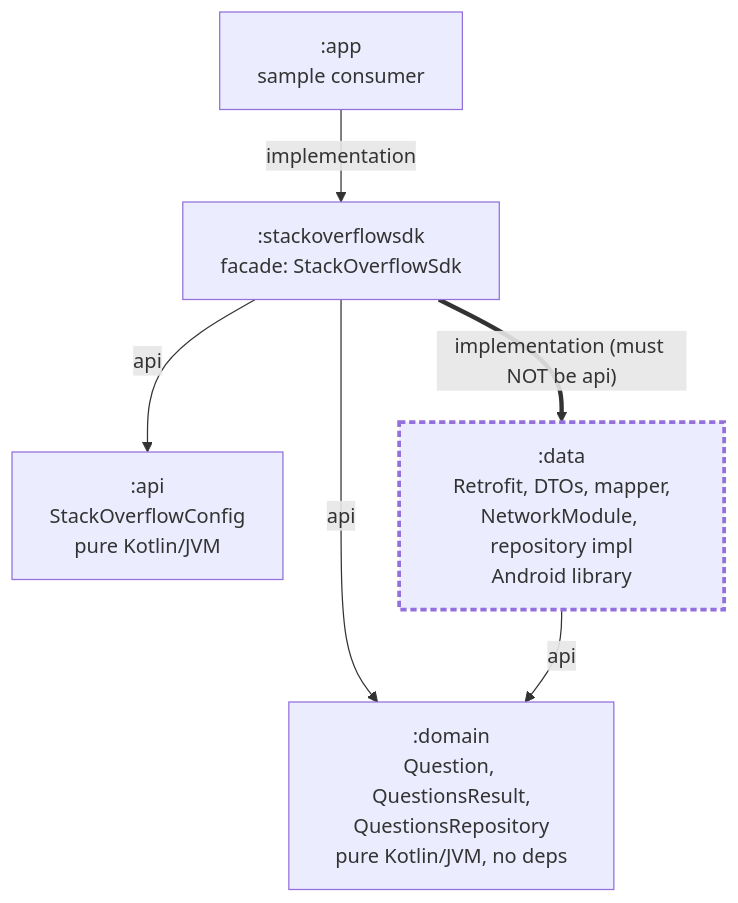
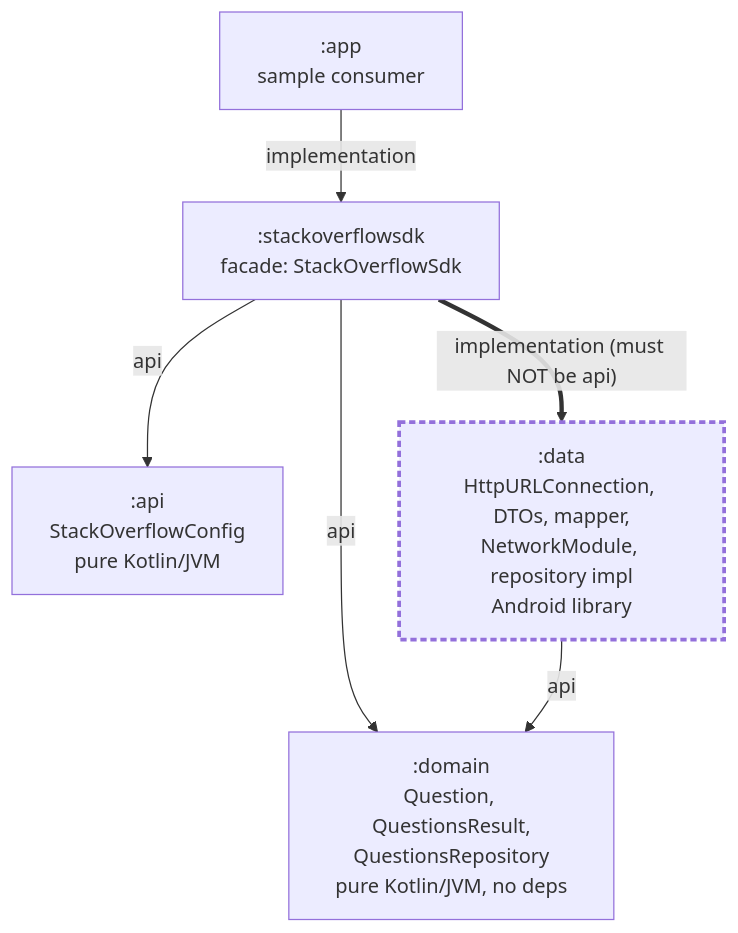
One commit to alexfin90/StackOverFlowAssignment changed the first of 4 diagrams in docs/architecture.md. Above: the diagram before and after it, drawn with Mermaid. The commit also changed other lines of this file and 16 other files, not shown here.

First line of the commit message:
refactor(sdk): replace Retrofit and OkHttp with the platform's HttpURLConnection

````diff
--- a/docs/architecture.md
+++ b/docs/architecture.md
@@ -7,17 +7,17 @@
 ```mermaid
 flowchart TD
     app[":app<br/>sample consumer"]
     sdk[":stackoverflowsdk<br/>facade: StackOverflowSdk"]
     api[":api<br/>StackOverflowConfig<br/>pure Kotlin/JVM"]
     domain[":domain<br/>Question, QuestionsResult,<br/>QuestionsRepository<br/>pure Kotlin/JVM, no deps"]
-    data[":data<br/>Retrofit, DTOs, mapper,<br/>NetworkModule, repository impl<br/>Android library"]
+    data[":data<br/>HttpURLConnection, DTOs, mapper,<br/>NetworkModule, repository impl<br/>Android library"]
 
     app -->|implementation| sdk
     sdk -->|api| api
     sdk -->|api| domain
     sdk ==>|"implementation (must NOT be api)"| data
     data -->|api| domain
 
     classDef hidden stroke-width:3px,stroke-dasharray: 5 3
     class data hidden
 ```
````
